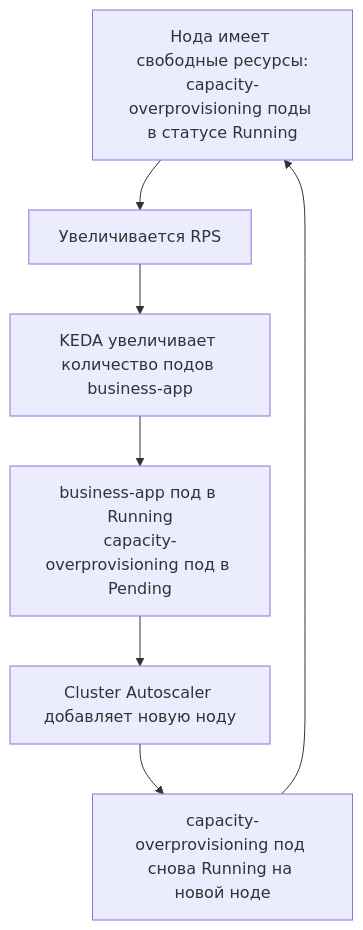
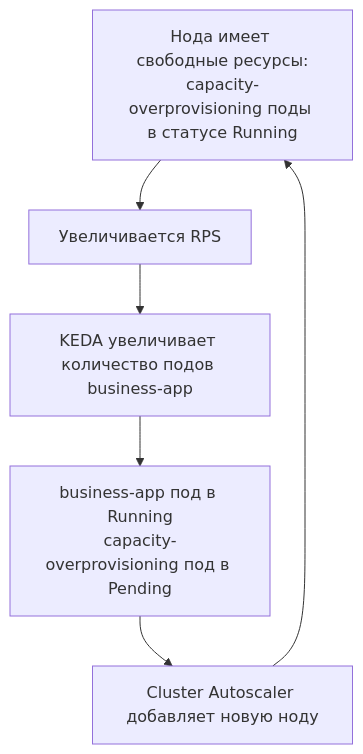
One commit to patsevanton/k8s-priority-eviction-autoscaling changed the diagram in README.md. Above: the diagram before and after it, drawn with Mermaid. The commit also changed other lines of this file, not shown here.

Commit message:
docs: упрощение mermaid-схемы цикла в README

````diff
--- a/README.md
+++ b/README.md
@@ -21,11 +21,10 @@
 ```mermaid
 flowchart TD
     A["Нода имеет свободные ресурсы:<br/>capacity-overprovisioning поды в статусе Running"]
     B["Увеличивается RPS"]
     C["KEDA увеличивает количество подов business-app"]
     D["business-app под в Running<br/>capacity-overprovisioning под в Pending"]
     E["Cluster Autoscaler добавляет новую ноду"]
-    F["capacity-overprovisioning под снова Running на новой ноде"]
 
-    A --> B --> C --> D --> E --> F --> A
+    A --> B --> C --> D --> E --> A
 ```
````
